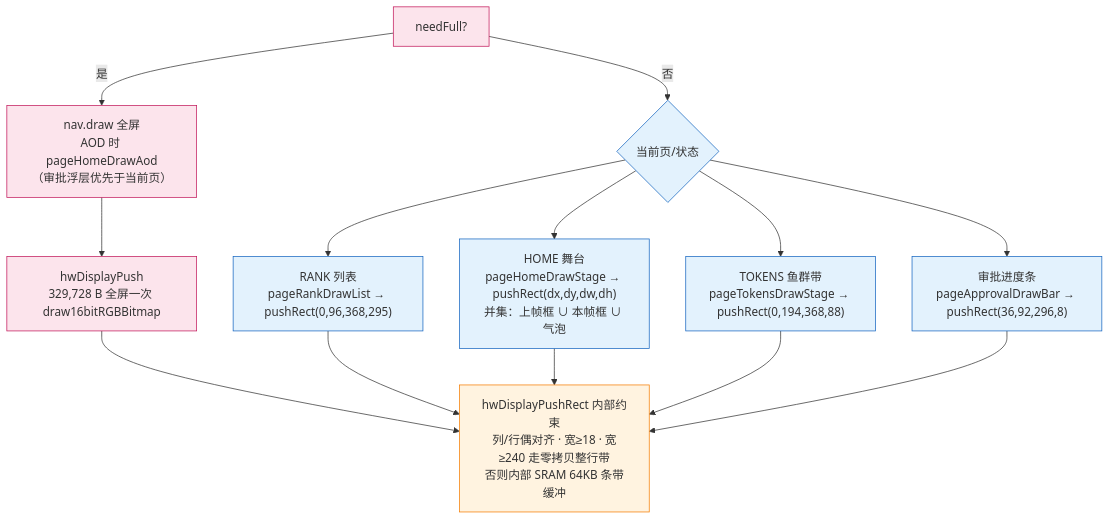
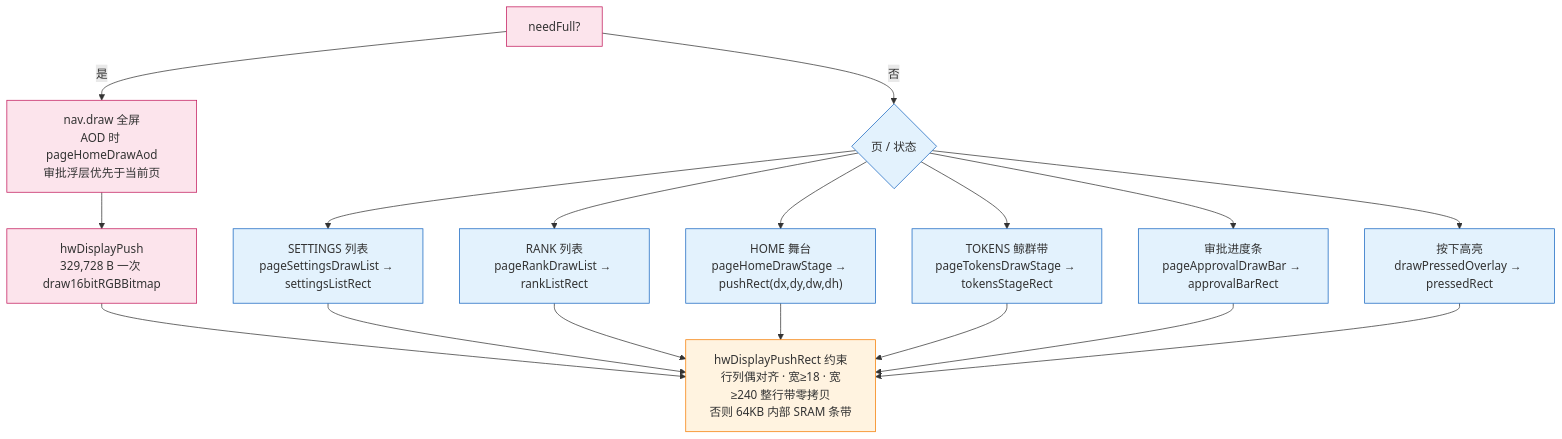
Diagram 11 of 11 in docs/ARCHITECTURE.md (JAYcodr/whale-buddy-esp32), drawn with Mermaid before and after one commit. The commit also changed other lines of this file and 26 other files, not shown here.

````diff
--- a/docs/ARCHITECTURE.md
+++ b/docs/ARCHITECTURE.md
@@ -546,23 +490,27 @@
 ```mermaid
 flowchart TD
-    A["needFull?"] -->|是| B["nav.draw 全屏<br/>AOD 时 pageHomeDrawAod<br/>（审批浮层优先于当前页）"]
-    B --> C["hwDisplayPush<br/>329,728 B 全屏一次 draw16bitRGBBitmap"]
-    A -->|否| D{"当前页/状态"}
-    D --> E["RANK 列表<br/>pageRankDrawList → pushRect(0,96,368,295)"]
-    D --> F["HOME 舞台<br/>pageHomeDrawStage → pushRect(dx,dy,dw,dh)<br/>并集：上帧框 ∪ 本帧框 ∪ 气泡"]
-    D --> G["TOKENS 鱼群带<br/>pageTokensDrawStage → pushRect(0,194,368,88)"]
-    D --> H["审批进度条<br/>pageApprovalDrawBar → pushRect(36,92,296,8)"]
+    A["needFull?"] -->|是| B["nav.draw 全屏<br/>AOD 时 pageHomeDrawAod<br/>审批浮层优先于当前页"]
+    B --> C["hwDisplayPush<br/>329,728 B 一次 draw16bitRGBBitmap"]
+    A -->|否| D{"页 / 状态"}
+    D --> E["SETTINGS 列表<br/>pageSettingsDrawList → settingsListRect"]
+    D --> F["RANK 列表<br/>pageRankDrawList → rankListRect"]
+    D --> G["HOME 舞台<br/>pageHomeDrawStage → pushRect(dx,dy,dw,dh)"]
+    D --> H["TOKENS 鲸群带<br/>pageTokensDrawStage → tokensStageRect"]
+    D --> I["审批进度条<br/>pageApprovalDrawBar → approvalBarRect"]
+    D --> J["按下高亮<br/>drawPressedOverlay → pressedRect"]
 
-    C --> Z["hwDisplayPushRect 内部约束<br/>列/行偶对齐 · 宽≥18 · 宽≥240 走零拷贝整行带<br/>否则内部 SRAM 64KB 条带缓冲"]
+    C --> Z["hwDisplayPushRect 约束<br/>行列偶对齐 · 宽≥18 · 宽≥240 整行带零拷贝<br/>否则 64KB 内部 SRAM 条带"]
     E --> Z
     F --> Z
     G --> Z
     H --> Z
+    I --> Z
+    J --> Z
 
     classDef full fill:#fce4ec,stroke:#c2185b
     classDef dirty fill:#e3f2fd,stroke:#1565c0
     classDef push fill:#fff3e0,stroke:#f57c00
     class A,B,C full
-    class D,E,F,G,H dirty
+    class D,E,F,G,H,I,J dirty
     class Z push
 ```
````
